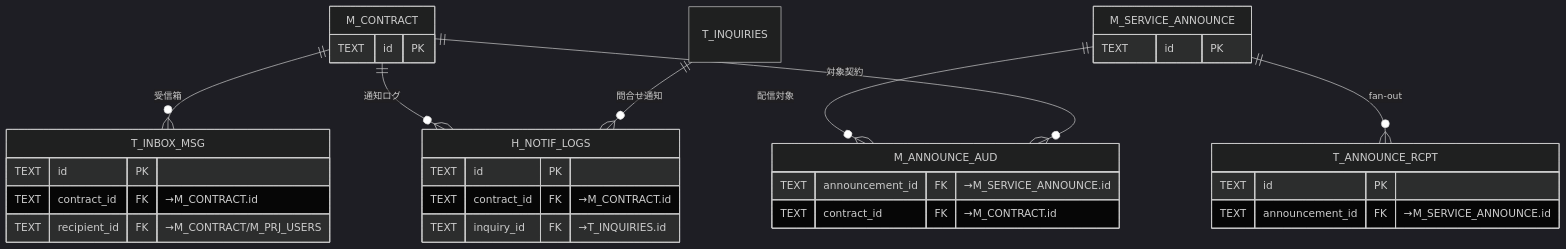
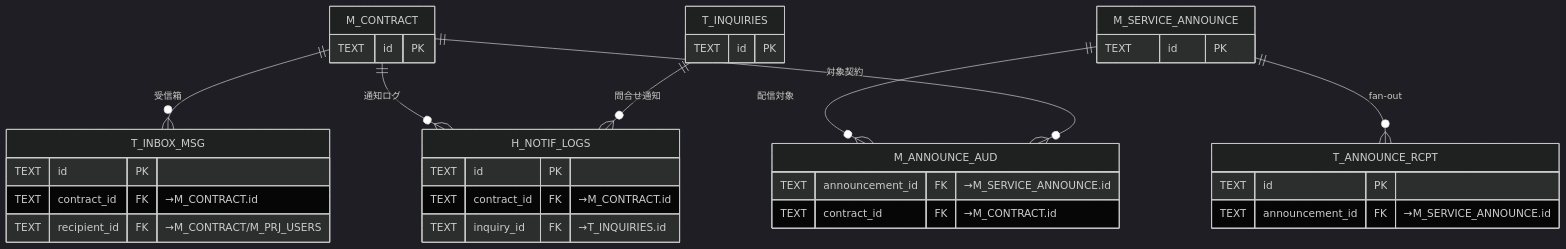
Before and after one commit to sikakou54/open-faq: the tenth of 12 diagrams in 02_basic-design/03_database-design.md, drawn with Mermaid (dark theme). The commit also changed other lines of this file, not shown here.

First line of the commit message:
DB設計: ER図でキー未表示だったエンティティにPKブロックを追加((6)(7)(8)(10))

````diff
--- a/02_basic-design/03_database-design.md
+++ b/02_basic-design/03_database-design.md
@@ -267,21 +276,22 @@
 ```mermaid
 erDiagram
   M_CONTRACT { TEXT id PK }
   M_SERVICE_ANNOUNCE { TEXT id PK }
   M_ANNOUNCE_AUD { TEXT announcement_id FK "→M_SERVICE_ANNOUNCE.id"
     TEXT contract_id FK "→M_CONTRACT.id" }
   T_ANNOUNCE_RCPT { TEXT id PK
     TEXT announcement_id FK "→M_SERVICE_ANNOUNCE.id" }
   T_INBOX_MSG { TEXT id PK
     TEXT contract_id FK "→M_CONTRACT.id"
     TEXT recipient_id FK "→M_CONTRACT/M_PRJ_USERS" }
   H_NOTIF_LOGS { TEXT id PK
     TEXT contract_id FK "→M_CONTRACT.id"
     TEXT inquiry_id FK "→T_INQUIRIES.id" }
+  T_INQUIRIES { TEXT id PK }
   M_SERVICE_ANNOUNCE ||--o{ M_ANNOUNCE_AUD : "配信対象"
   M_CONTRACT ||--o{ M_ANNOUNCE_AUD : "対象契約"
   M_SERVICE_ANNOUNCE ||--o{ T_ANNOUNCE_RCPT : "fan-out"
   M_CONTRACT ||--o{ T_INBOX_MSG : "受信箱"
   M_CONTRACT ||--o{ H_NOTIF_LOGS : "通知ログ"
   T_INQUIRIES ||--o{ H_NOTIF_LOGS : "問合せ通知"
 ```
````
